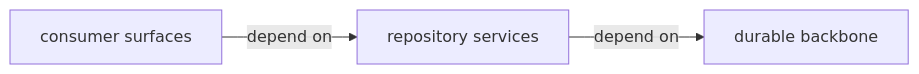
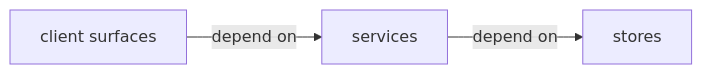
Before and after one commit to jonasferagen/agent-skills: diagram 11 of 12 in skills/authoring/diagrams-and-tables/references/worked-examples.md, drawn with Mermaid. The commit also changed other lines of this file and 95 other files, not shown here.

````diff
--- a/skills/authoring/diagrams-and-tables/references/worked-examples.md
+++ b/skills/authoring/diagrams-and-tables/references/worked-examples.md
@@ -222,5 +223,5 @@
 ```mermaid
 flowchart LR
-  Surfaces["consumer surfaces"] -->|"depend on"| Services["repository services"]
-  Services -->|"depend on"| Backbone["durable backbone"]
+  Surfaces["client surfaces"] -->|"depend on"| Services["services"]
+  Services -->|"depend on"| Backbone["stores"]
 ```
````
